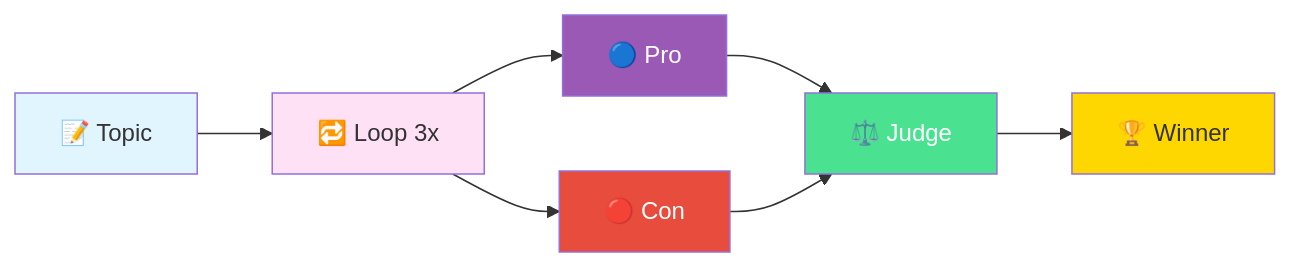
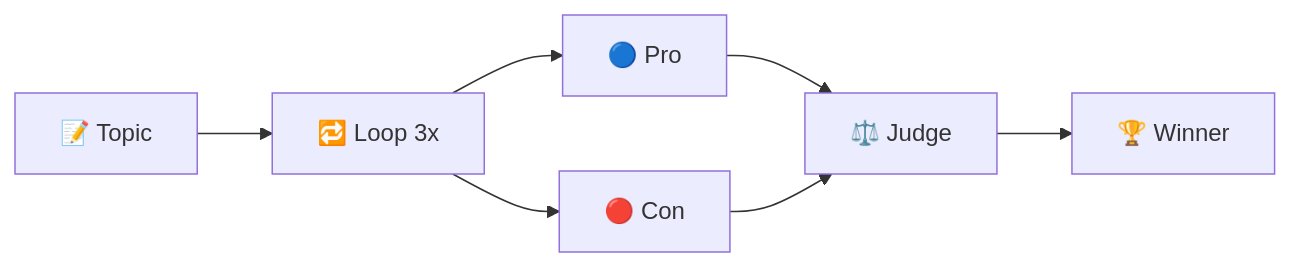
The eighth of 8 diagrams in DIAGRAMS.md (jayeeed/DebateAI), drawn with Mermaid before and after one commit. The commit also changed other lines of this file, not shown here.

Commit message:
Remove styling and structural rect blocks from Mermaid diagrams.

````diff
--- a/DIAGRAMS.md
+++ b/DIAGRAMS.md
@@ -276,15 +241,8 @@
 ```mermaid
 graph LR
     A[📝 Topic] --> B[🔁 Loop 3x]
     B --> C[🔵 Pro]
     B --> D[🔴 Con]
     C & D --> E[⚖️ Judge]
     E --> F[🏆 Winner]
-    
-    style A fill:#e1f5ff
-    style B fill:#ffe1f5
-    style C fill:#9b59b6,color:#fff
-    style D fill:#e74c3c,color:#fff
-    style E fill:#4ae290,color:#fff
-    style F fill:#FFD700
 ```
````
